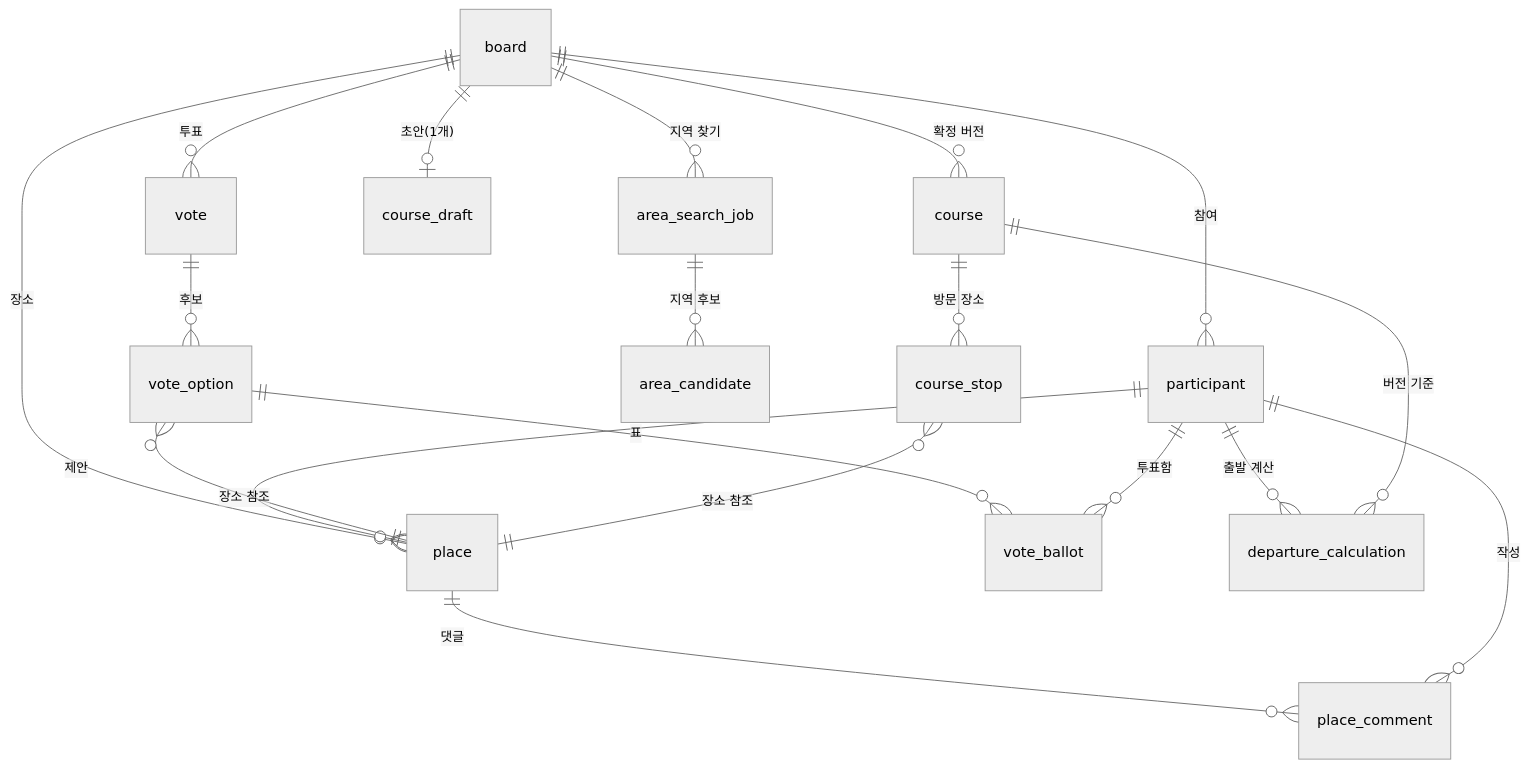
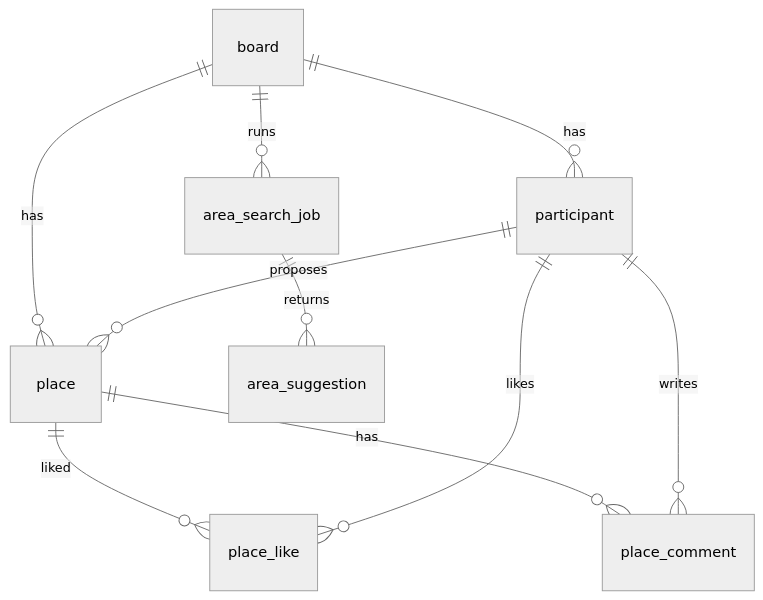
One commit to 2026-Siheung-SW-Bootcamp-Team-D/docs changed the diagram in specs/ERD_v1.0.md. Above: the diagram before and after it, drawn with Mermaid (neutral theme). The commit also changed other lines of this file and 6 other files, not shown here.

````diff
--- a/specs/ERD_v1.0.md
+++ b/specs/ERD_v1.0.md
@@ -25,21 +25,12 @@
 ```mermaid
 erDiagram
-    board ||--o{ participant : "참여"
-    board ||--o{ place : "장소"
-    participant ||--o{ place : "제안"
-    place ||--o{ place_comment : "댓글"
-    participant ||--o{ place_comment : "작성"
-    board ||--o{ vote : "투표"
-    vote ||--o{ vote_option : "후보"
-    vote_option }o--|| place : "장소 참조"
-    vote_option ||--o{ vote_ballot : "표"
-    participant ||--o{ vote_ballot : "투표함"
-    board ||--o{ area_search_job : "지역 찾기"
-    area_search_job ||--o{ area_candidate : "지역 후보"
-    board ||--o| course_draft : "초안(1개)"
-    board ||--o{ course : "확정 버전"
-    course ||--o{ course_stop : "방문 장소"
-    course_stop }o--|| place : "장소 참조"
-    participant ||--o{ departure_calculation : "출발 계산"
-    course ||--o{ departure_calculation : "버전 기준"
+    board ||--o{ participant : "has"
+    board ||--o{ place : "has"
+    participant ||--o{ place : "proposes"
+    place ||--o{ place_like : "liked"
+    participant ||--o{ place_like : "likes"
+    place ||--o{ place_comment : "has"
+    participant ||--o{ place_comment : "writes"
+    board ||--o{ area_search_job : "runs"
+    area_search_job ||--o{ area_suggestion : "returns"
 ```
````
